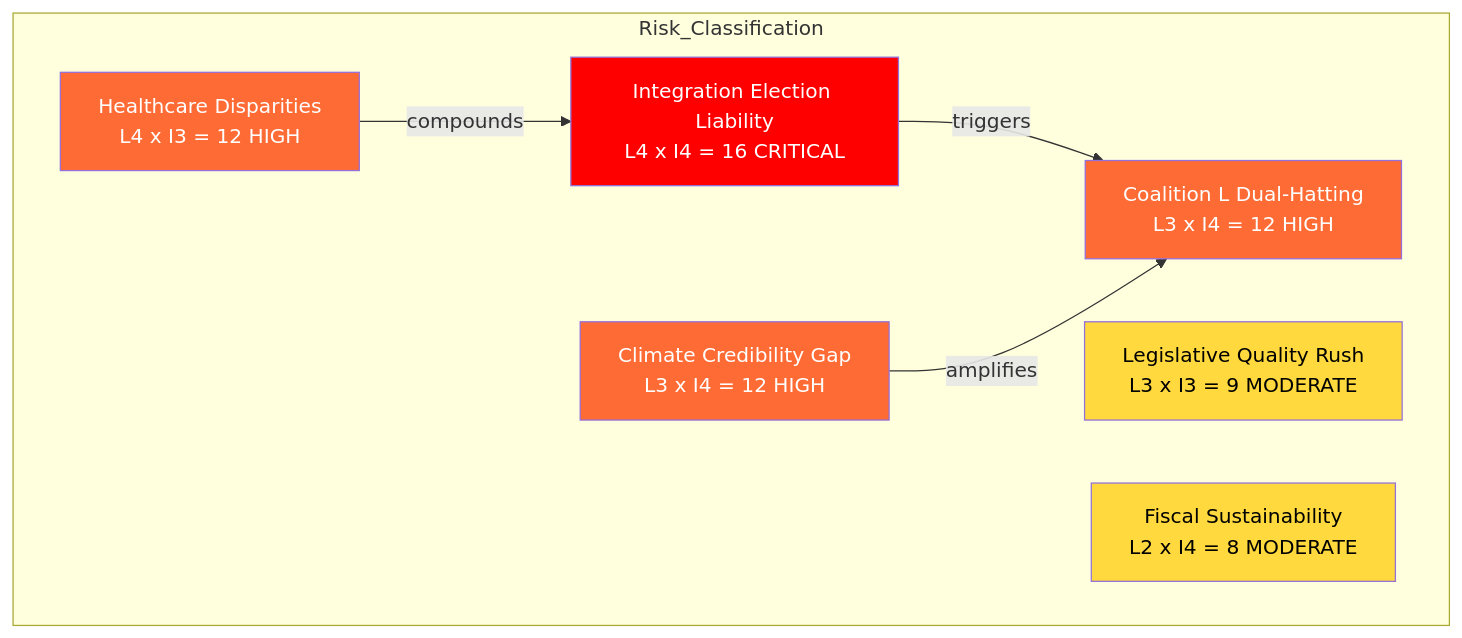
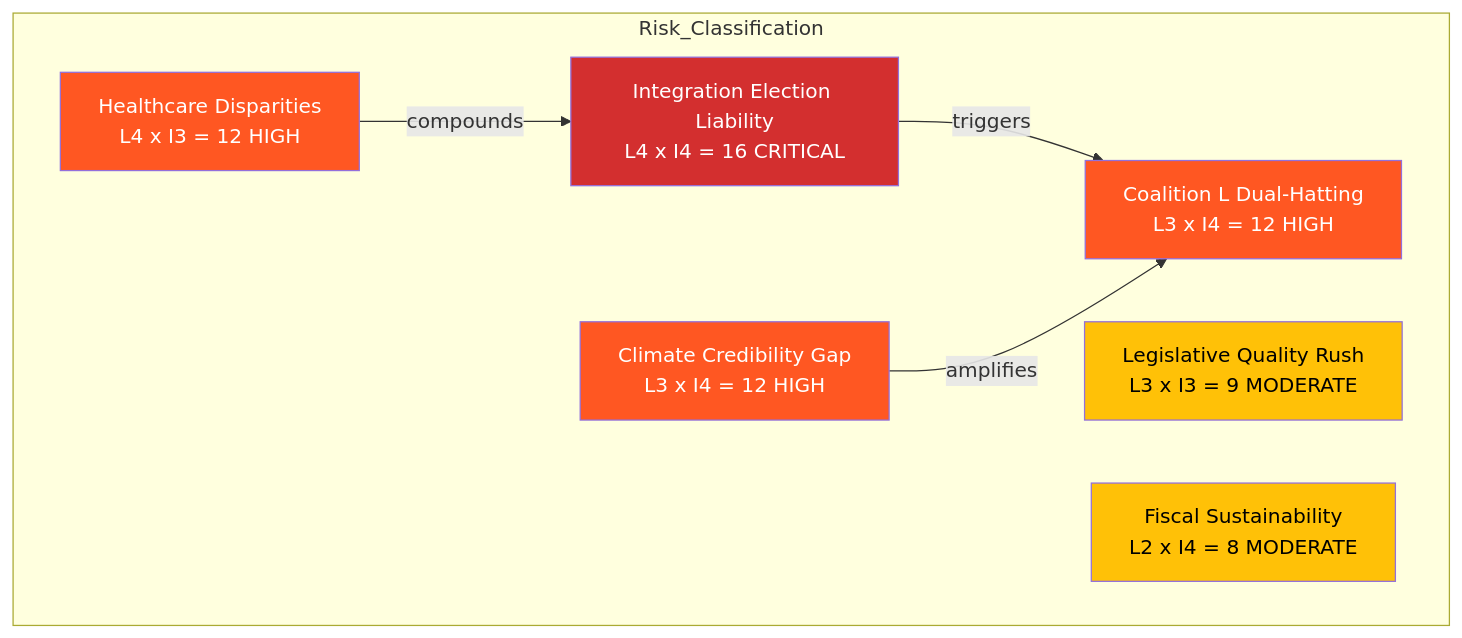
Before and after one commit to Hack23/riksdagsmonitor: the diagram in analysis/daily/2026-04-14/evening-analysis-2/risk-assessment.md, drawn with Mermaid. The commit also changed 785 other files, not shown here.

First line of the commit message:
Normalize mermaid colors across 786 analysis artifacts to ISMS Style Guide palette

````diff
--- a/analysis/daily/2026-04-14/evening-analysis-2/risk-assessment.md
+++ b/analysis/daily/2026-04-14/evening-analysis-2/risk-assessment.md
@@ -9,21 +9,21 @@
 ```mermaid
 graph TD
     subgraph Risk_Classification
         R1[Integration Election Liability<br/>L4 x I4 = 16 CRITICAL]
         R2[Coalition L Dual-Hatting<br/>L3 x I4 = 12 HIGH]
         R3[Healthcare Disparities<br/>L4 x I3 = 12 HIGH]
         R4[Climate Credibility Gap<br/>L3 x I4 = 12 HIGH]
         R5[Legislative Quality Rush<br/>L3 x I3 = 9 MODERATE]
         R6[Fiscal Sustainability<br/>L2 x I4 = 8 MODERATE]
     end
     R1 -->|triggers| R2
     R4 -->|amplifies| R2
     R3 -->|compounds| R1
 
-    style R1 fill:#ff0000,color:#fff
-    style R2 fill:#ff6b35,color:#fff
-    style R3 fill:#ff6b35,color:#fff
-    style R4 fill:#ff6b35,color:#fff
-    style R5 fill:#ffd93d,color:#000
-    style R6 fill:#ffd93d,color:#000
+    style R1 fill:#D32F2F,color:#FFFFFF
+    style R2 fill:#FF5722,color:#FFFFFF
+    style R3 fill:#FF5722,color:#FFFFFF
+    style R4 fill:#FF5722,color:#FFFFFF
+    style R5 fill:#FFC107,color:#000000
+    style R6 fill:#FFC107,color:#000000
 ```
````
